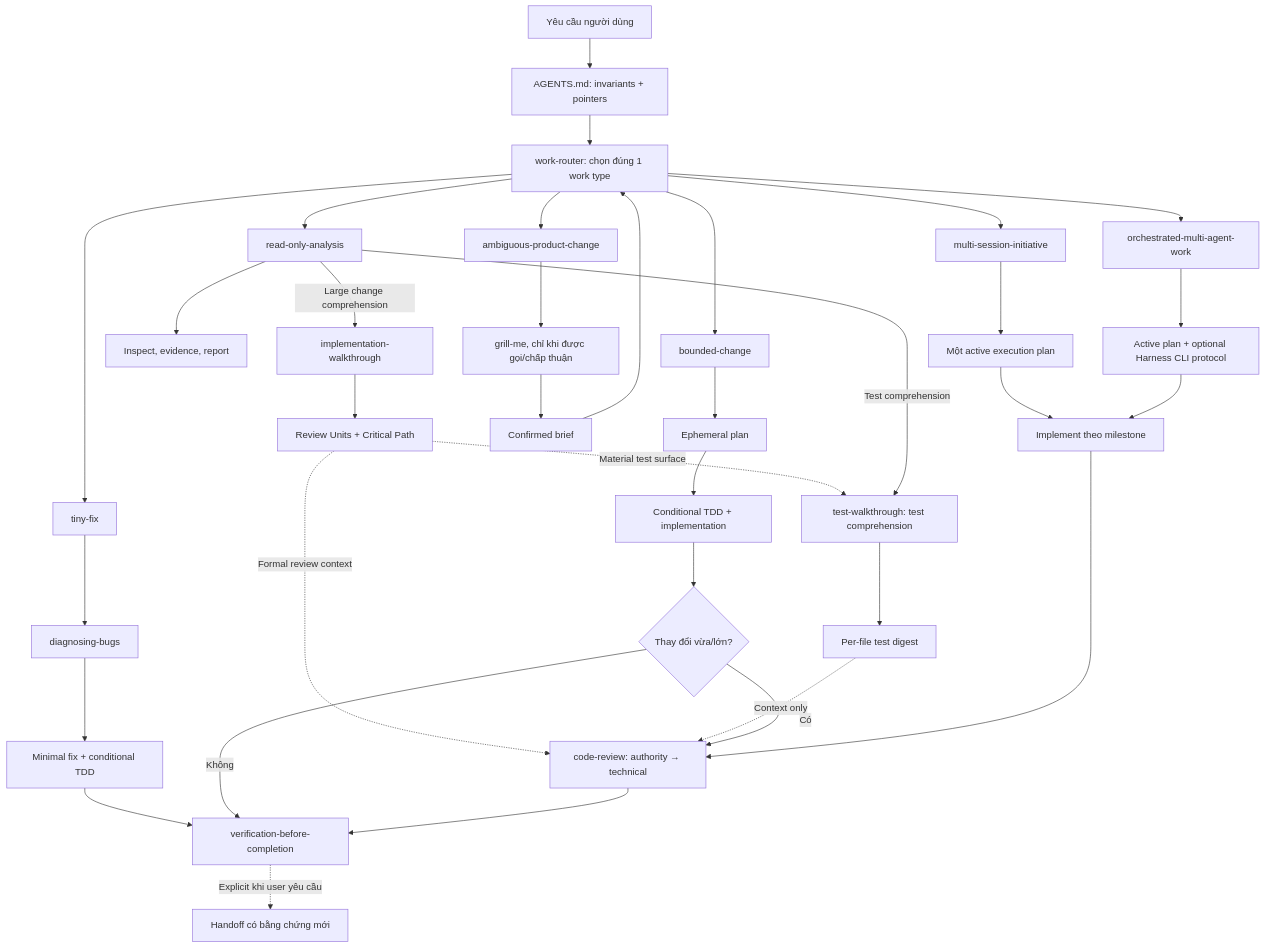
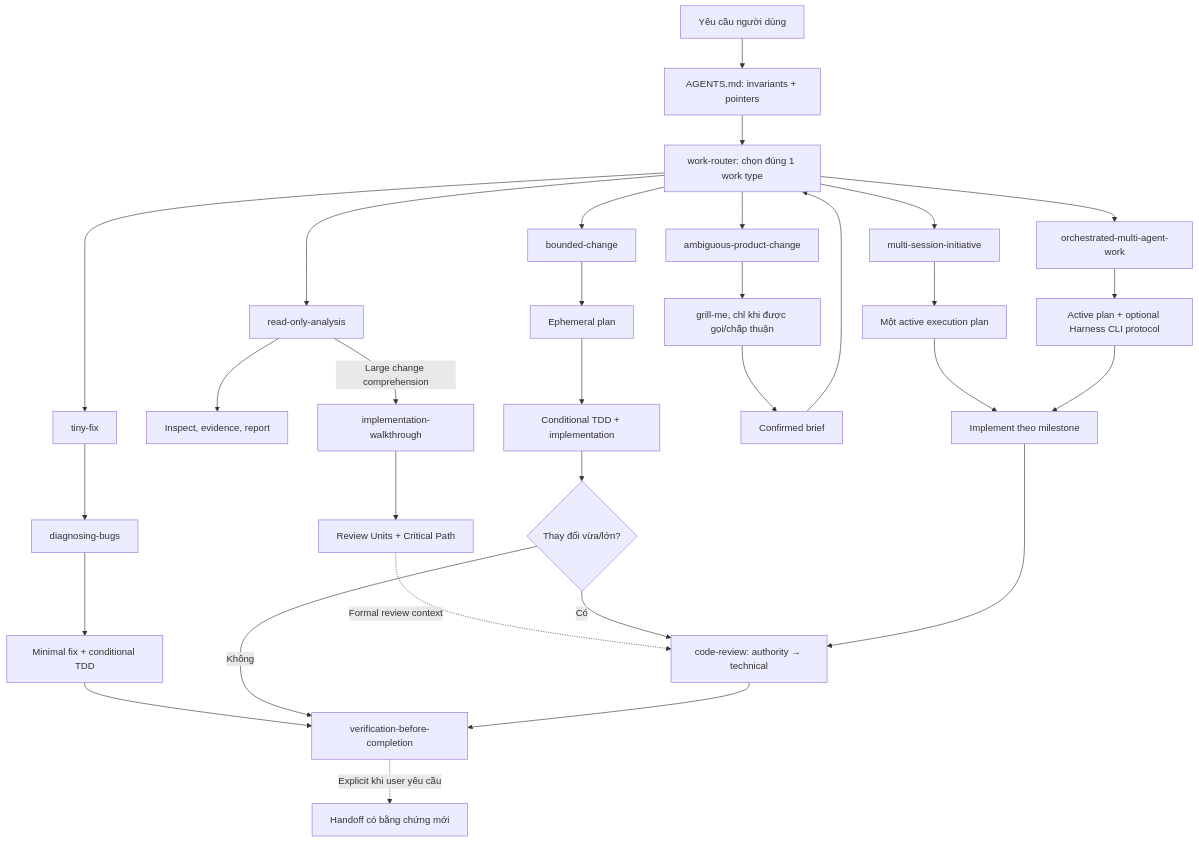
Before and after one commit to duong991/harness-repo: the diagram in .harness-core/base/docs/HARNESS_WORKFLOW_GUIDE.md, drawn with Mermaid. The commit also changed other lines of this file and 32 other files, not shown here.

First line of the commit message:
refactor(skills): remove minimal-implementation and test-walkthrough skills

````diff
--- a/.harness-core/base/docs/HARNESS_WORKFLOW_GUIDE.md
+++ b/.harness-core/base/docs/HARNESS_WORKFLOW_GUIDE.md
@@ -32,38 +32,34 @@
 ```mermaid
 flowchart TD
     U["Yêu cầu người dùng"] --> G["AGENTS.md: invariants + pointers"]
     G --> R["work-router: chọn đúng 1 work type"]
     R --> RO["read-only-analysis"]
     R --> TF["tiny-fix"]
     R --> BC["bounded-change"]
     R --> AP["ambiguous-product-change"]
     R --> MS["multi-session-initiative"]
     R --> OM["orchestrated-multi-agent-work"]
 
     RO --> E["Inspect, evidence, report"]
     RO -->|"Large change comprehension"| IW["implementation-walkthrough"]
     IW --> RU["Review Units + Critical Path"]
-    RU -. "Material test surface" .-> TW
     RU -. "Formal review context" .-> RV
-    RO -->|"Test comprehension"| TW["test-walkthrough: test comprehension"]
-    TW --> TD["Per-file test digest"]
-    TD -. "Context only" .-> RV
     TF --> D["diagnosing-bugs"]
     D --> F["Minimal fix + conditional TDD"]
     F --> V["verification-before-completion"]
     BC --> EP["Ephemeral plan"]
     EP --> I["Conditional TDD + implementation"]
     I --> Q{"Thay đổi vừa/lớn?"}
     Q -- "Có" --> RV["code-review: authority → technical"]
     Q -- "Không" --> V
     RV --> V
     AP --> GM["grill-me, chỉ khi được gọi/chấp thuận"]
     GM --> CB["Confirmed brief"]
     CB --> R
     MS --> DP["Một active execution plan"]
     DP --> M["Implement theo milestone"]
     M --> RV
     OM --> CP["Active plan + optional Harness CLI protocol"]
     CP --> M
     V -. "Explicit khi user yêu cầu" .-> H["Handoff có bằng chứng mới"]
 ```
````
